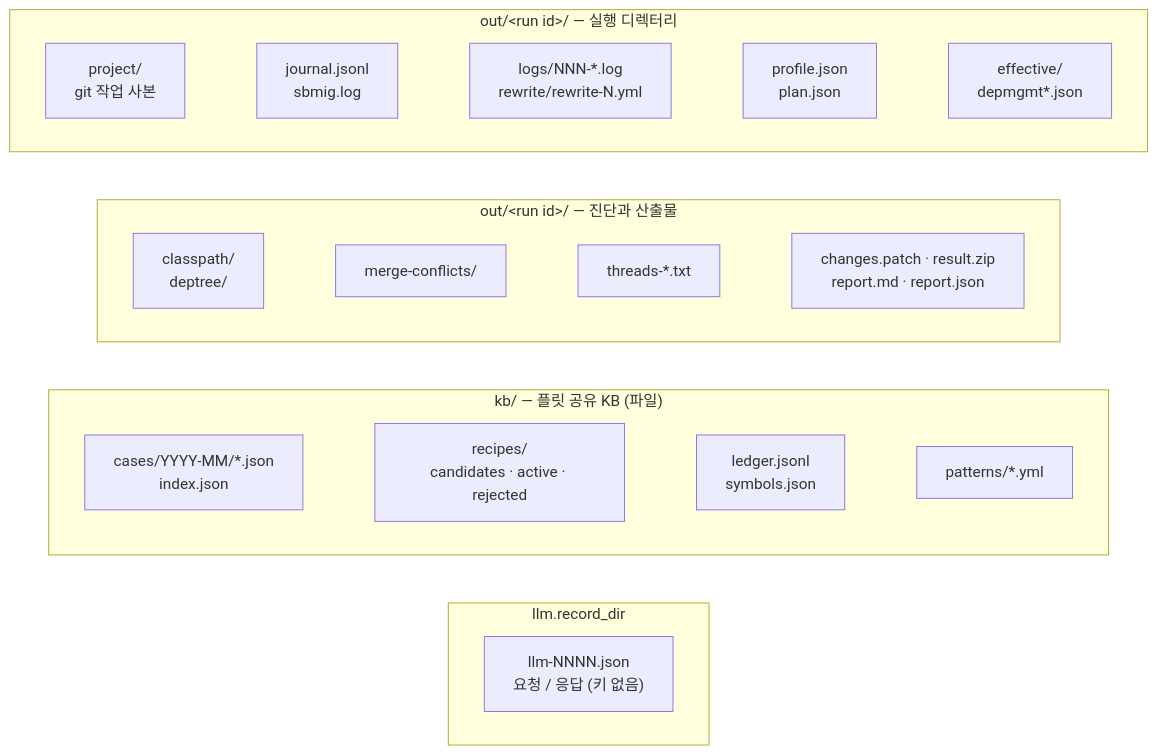
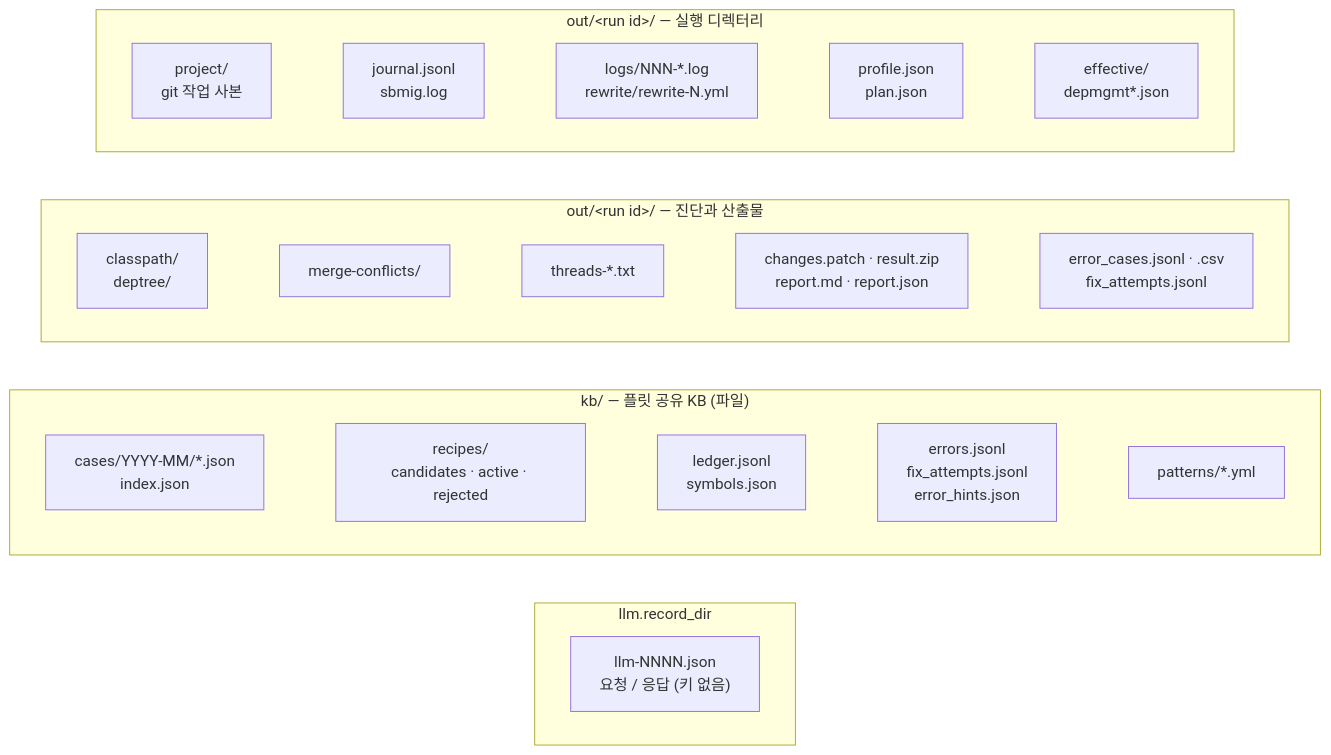
Before and after one commit to acandiatale/tutu: the diagram in docs/migration-agent/diagrams/data-stores.mmd, drawn with Mermaid. The commit also changed 69 other files, not shown here.

```diff
--- a/docs/migration-agent/diagrams/data-stores.mmd
+++ b/docs/migration-agent/diagrams/data-stores.mmd
@@ -1,17 +1,17 @@
 flowchart TB
   subgraph run["out/&lt;run id&gt;/ — 실행 디렉터리"]
     direction LR
     P["project/<br/>git 작업 사본"] ~~~ J["journal.jsonl<br/>sbmig.log"] ~~~ LOGS["logs/NNN-*.log<br/>rewrite/rewrite-N.yml"] ~~~ PJ["profile.json<br/>plan.json"] ~~~ EF["effective/<br/>depmgmt*.json"]
   end
   subgraph run2["out/&lt;run id&gt;/ — 진단과 산출물"]
     direction LR
-    CP["classpath/<br/>deptree/"] ~~~ MC["merge-conflicts/"] ~~~ TD["threads-*.txt"] ~~~ OUT["changes.patch · result.zip<br/>report.md · report.json"]
+    CP["classpath/<br/>deptree/"] ~~~ MC["merge-conflicts/"] ~~~ TD["threads-*.txt"] ~~~ OUT["changes.patch · result.zip<br/>report.md · report.json"] ~~~ EC["error_cases.jsonl · .csv<br/>fix_attempts.jsonl"]
   end
   subgraph kbs["kb/ — 플릿 공유 KB (파일)"]
     direction LR
-    CASES["cases/YYYY-MM/*.json<br/>index.json"] ~~~ REC["recipes/<br/>candidates · active · rejected"] ~~~ LED["ledger.jsonl<br/>symbols.json"] ~~~ PAT["patterns/*.yml"]
+    CASES["cases/YYYY-MM/*.json<br/>index.json"] ~~~ REC["recipes/<br/>candidates · active · rejected"] ~~~ LED["ledger.jsonl<br/>symbols.json"] ~~~ ERR["errors.jsonl<br/>fix_attempts.jsonl<br/>error_hints.json"] ~~~ PAT["patterns/*.yml"]
   end
   subgraph rec["llm.record_dir"]
     R["llm-NNNN.json<br/>요청 / 응답 (키 없음)"]
   end
   run ~~~ run2 ~~~ kbs ~~~ rec
```
